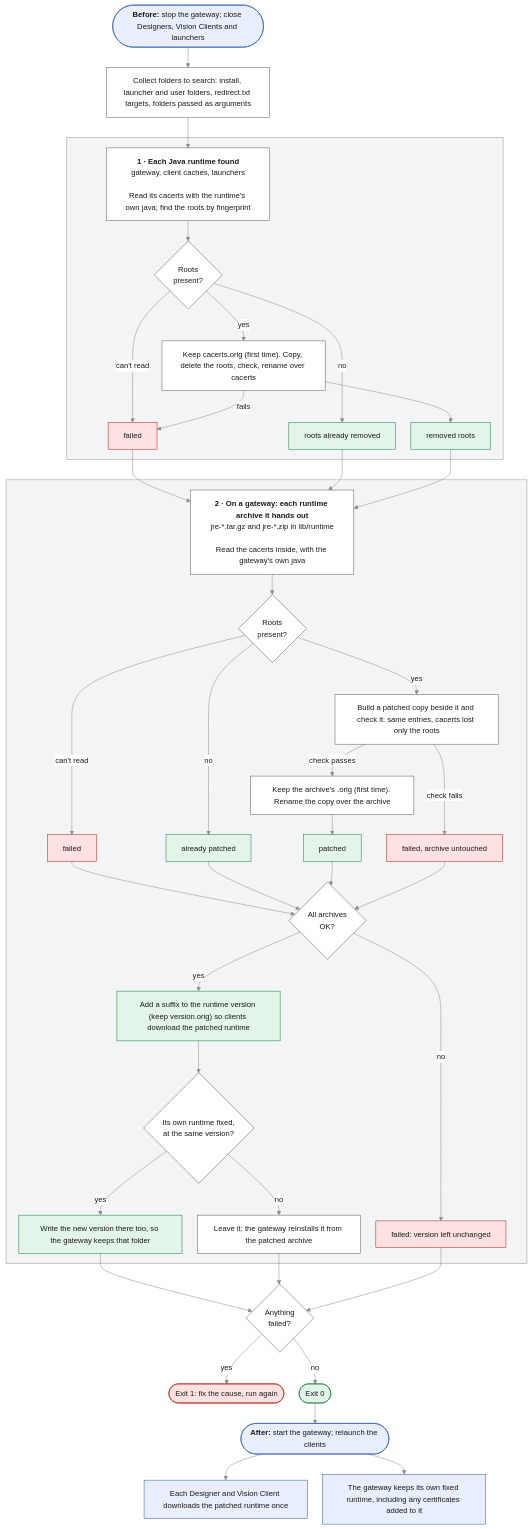
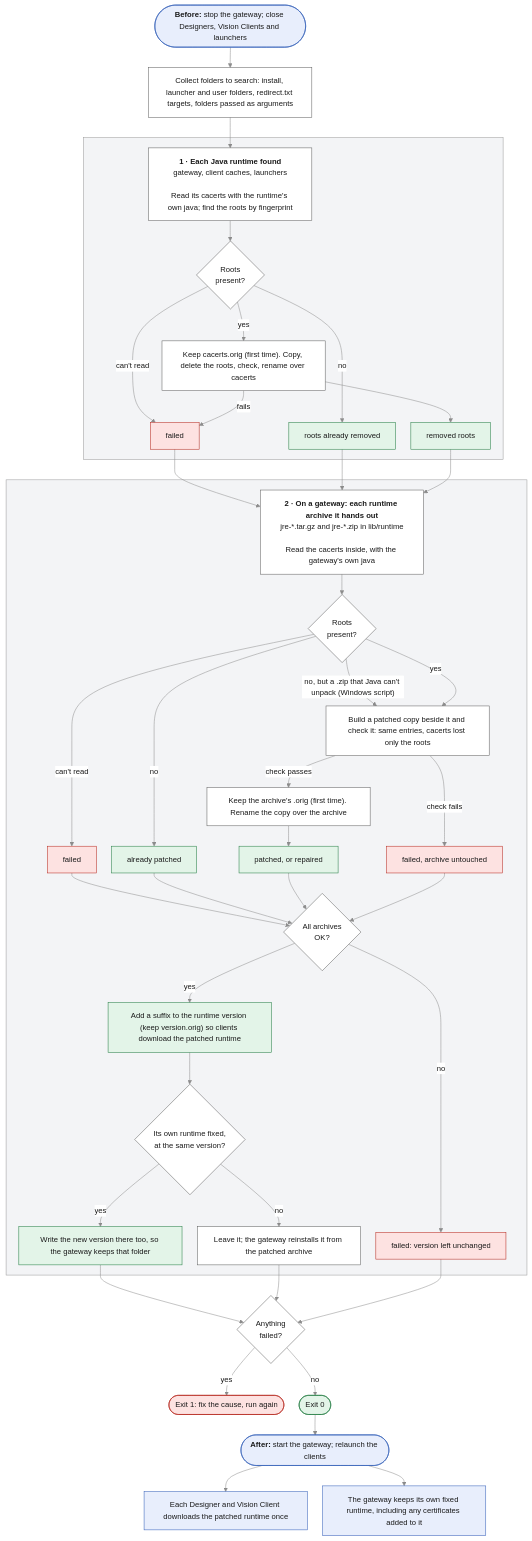
Before and after one commit to inductiveautomation/ignition-emudhra-mitigation: the diagram in README.md, drawn with Mermaid. The commit also changed other lines of this file and 2 other files, not shown here.

Commit message:
Repair runtime zips v2.0.0 left unreadable, and have clients download the runtime again (#2)
The Windows script patched jre-win.zip by editing a copy with
ZipArchiveMode.Update, which left its directory entries in a form Java's
ZipInputStream rejects ("only DEFLATED entries can have EXT descriptor"), so
Windows Designers and Vision Clients failed to start. It now writes a new zip
instead.

On a gateway v2.0.0 already patched, the Windows script rebuilds such a zip
and reports it as repaired, and every zip it builds gets the same check
before it replaces the original. The runtime suffix is now 20261111, so every
client downloads the runtime once more.

````diff
--- a/README.md
+++ b/README.md
@@ -203,48 +204,49 @@
 ```mermaid
 %%{init: {"theme": "base", "themeVariables": {"fontSize": "15px", "primaryColor": "#ffffff", "primaryTextColor": "#1a1a1a", "primaryBorderColor": "#5c5c5c", "lineColor": "#8c8c8c", "textColor": "#1a1a1a", "edgeLabelBackground": "#ffffff", "clusterBkg": "#f3f4f6", "clusterBorder": "#9a9a9a", "titleColor": "#1a1a1a"}, "flowchart": {"wrappingWidth": 260, "nodeSpacing": 30, "rankSpacing": 40}}}%%
 flowchart TD
   pre(["<b>Before:</b> stop the gateway; close Designers, Vision Clients and launchers"])
   pre --> find["Collect folders to search: install, launcher and user folders, redirect.txt targets, folders passed as arguments"]
   find --> rt
 
   subgraph P1 [" "]
     rt["<b>1 · Each Java runtime found</b><br/>gateway, client caches, launchers<br/><br/>Read its cacerts with the runtime's own java; find the roots by fingerprint"] --> ca{"Roots<br/>present?"}
     ca -- "can't read" --> caf["failed"]
     ca -- no --> cao["roots already removed"]
     ca -- yes --> cafix["Keep cacerts.orig (first time). Copy, delete the roots, check, rename over cacerts"]
     cafix --> cad["removed roots"]
     cafix -- fails --> caf
   end
 
   caf & cao & cad --> ar
 
   subgraph P2 [" "]
     ar["<b>2 · On a gateway: each runtime archive it hands out</b><br/>jre-*.tar.gz and jre-*.zip in lib/runtime<br/><br/>Read the cacerts inside, with the gateway's own java"] --> need{"Roots<br/>present?"}
     need -- "can't read" --> af["failed"]
     need -- no --> ao["already patched"]
+    need -- "no, but a .zip that Java can't unpack (Windows script)" --> afix
     need -- yes --> afix["Build a patched copy beside it and check it: same entries, cacerts lost only the roots"]
     afix -- "check passes" --> aswap["Keep the archive's .orig (first time). Rename the copy over the archive"]
     afix -- "check fails" --> af2["failed, archive untouched"]
-    aswap --> ad["patched"]
+    aswap --> ad["patched, or repaired"]
     af & ao & ad & af2 --> v{"All archives<br/>OK?"}
     v -- yes --> vs["Add a suffix to the runtime version (keep version.orig) so clients download the patched runtime"]
     vs --> mk{"Its own runtime fixed,<br/>at the same version?"}
     mk -- yes --> mky["Write the new version there too, so the gateway keeps that folder"]
     mk -- no --> mkn["Leave it; the gateway reinstalls it from the patched archive"]
     v -- no --> vf["failed: version left unchanged"]
   end
 
   mky & mkn & vf --> res{"Anything<br/>failed?"}
   res -- yes --> e1(["Exit 1: fix the cause, run again"])
   res -- no --> e0(["Exit 0"])
   e0 --> post(["<b>After:</b> start the gateway; relaunch the clients"])
   post --> c1["Each Designer and Vision Client downloads the patched runtime once"]
   post --> c2["The gateway keeps its own fixed runtime, including any certificates added to it"]
 
   classDef fail fill:#fde2e1,stroke:#b42318,color:#1a1a1a
   classDef good fill:#e3f4e8,stroke:#1f7a3f,color:#1a1a1a
   classDef op fill:#e8eefc,stroke:#2f5bb7,color:#1a1a1a
   class caf,af,af2,vf,e1 fail
   class cao,cad,ao,ad,vs,mky,e0 good
   class pre,post,c1,c2 op
 ```
````
